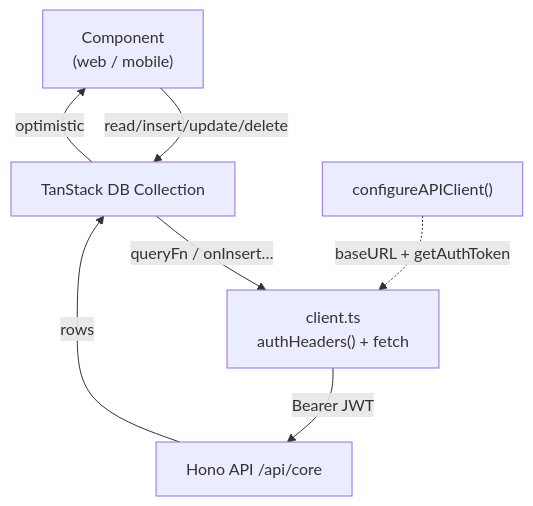
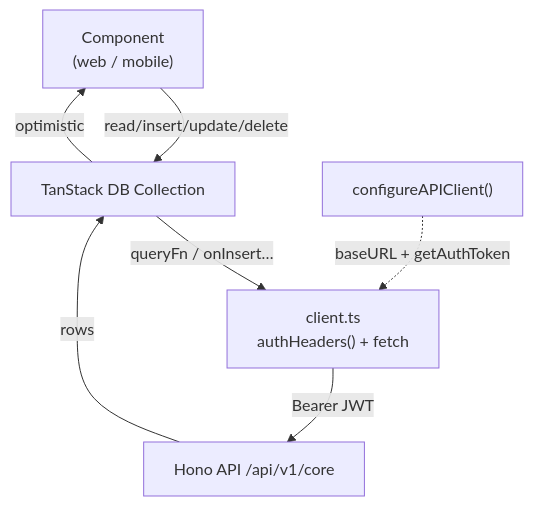
The diagram in packages/api-client/README.md (codewreaker/credopass), drawn with Mermaid before and after one commit. The commit also changed other lines of this file and 101 other files, not shown here.

````diff
--- a/packages/api-client/README.md
+++ b/packages/api-client/README.md
@@ -14,9 +14,9 @@
 ```mermaid
 flowchart TD
     App["Component<br/>(web / mobile)"] -->|read/insert/update/delete| Col["TanStack DB Collection"]
     Col -->|optimistic| App
     Col -->|queryFn / onInsert…| Client["client.ts<br/>authHeaders() + fetch"]
-    Client -->|Bearer JWT| API["Hono API /api/core"]
+    Client -->|Bearer JWT| API["Hono API /api/v1/core"]
     API -->|rows| Col
     Cfg["configureAPIClient()"] -.->|baseURL + getAuthToken| Client
 ```
````
